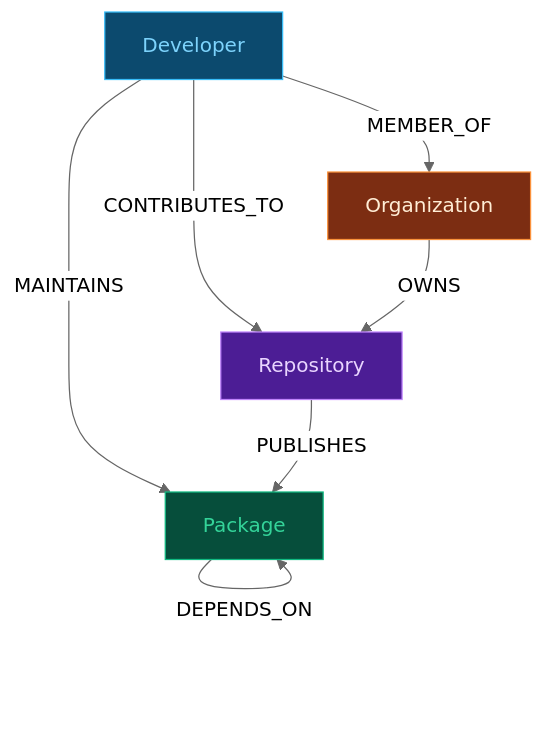
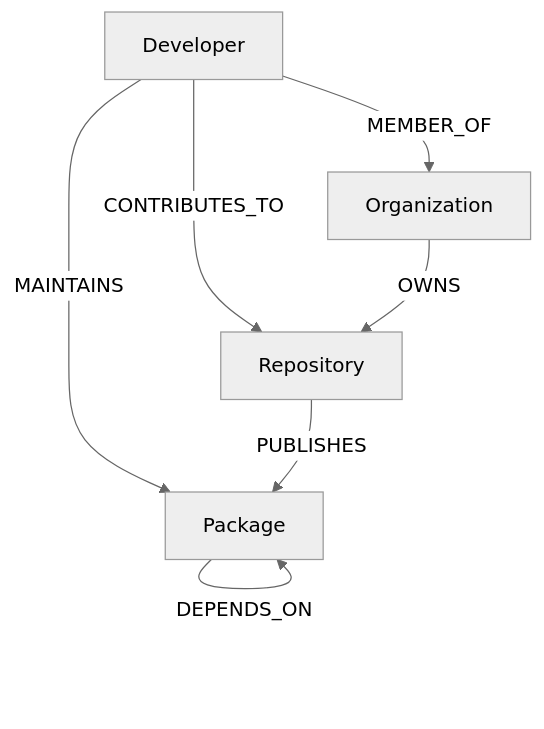
One commit to kumarswamyg2005/DepGraph changed the diagram in README.md. Above: the diagram before and after it, drawn with Mermaid (neutral theme). The commit also changed other lines of this file, not shown here.

````diff
--- a/README.md
+++ b/README.md
@@ -60,14 +30,9 @@
 ```mermaid
 graph TD
     Developer -->|MAINTAINS| Package
     Developer -->|CONTRIBUTES_TO| Repository
     Developer -->|MEMBER_OF| Organization
     Repository -->|PUBLISHES| Package
     Package -->|DEPENDS_ON| Package
     Organization -->|OWNS| Repository
-
-    style Package fill:#064e3b,stroke:#10b981,color:#34d399
-    style Developer fill:#0c4a6e,stroke:#38bdf8,color:#7dd3fc
-    style Repository fill:#4c1d95,stroke:#c084fc,color:#e9d5ff
-    style Organization fill:#7c2d12,stroke:#fb923c,color:#ffedd5
 ```
````
